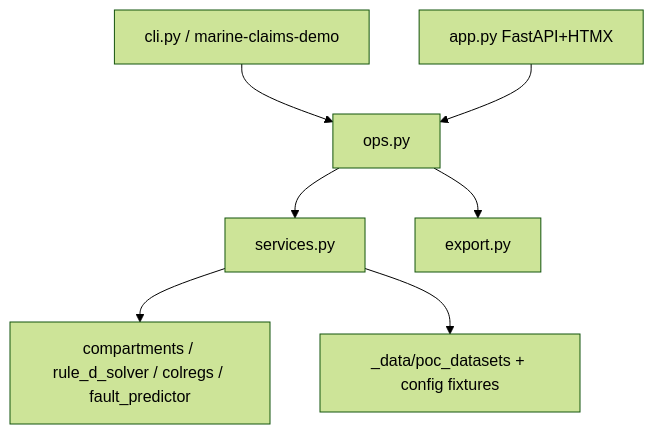
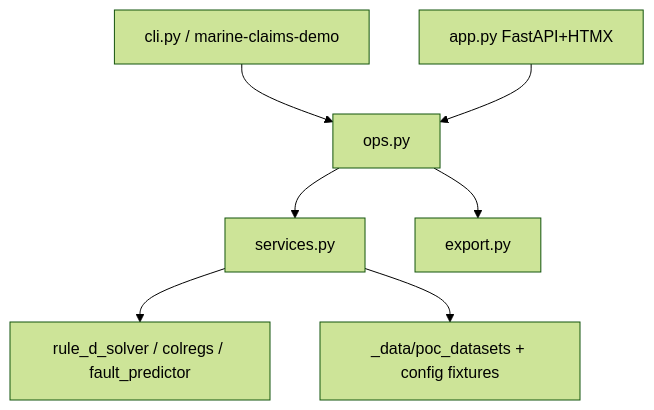
Before and after one commit to edgesentry/marine-claims-ai: the diagram in docs/executive_demo_cli_and_web.md, drawn with Mermaid (forest theme). The commit also changed other lines of this file and 23 other files, not shown here.

````diff
--- a/docs/executive_demo_cli_and_web.md
+++ b/docs/executive_demo_cli_and_web.md
@@ -40,9 +42,9 @@
 ```mermaid
 flowchart TB
   cli["cli.py / marine-claims-demo"] --> ops["ops.py"]
   web["app.py FastAPI+HTMX"] --> ops
   ops --> services["services.py"]
   ops --> export["export.py"]
-  services --> engines["compartments / rule_d_solver / colregs / fault_predictor"]
+  services --> engines["rule_d_solver / colregs / fault_predictor"]
   services --> data["_data/poc_datasets + config fixtures"]
 ```
````
